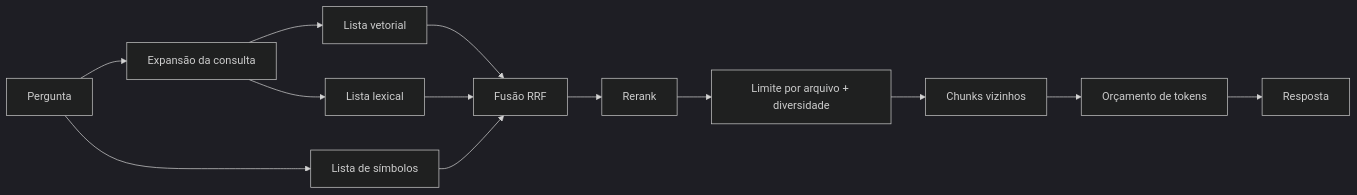
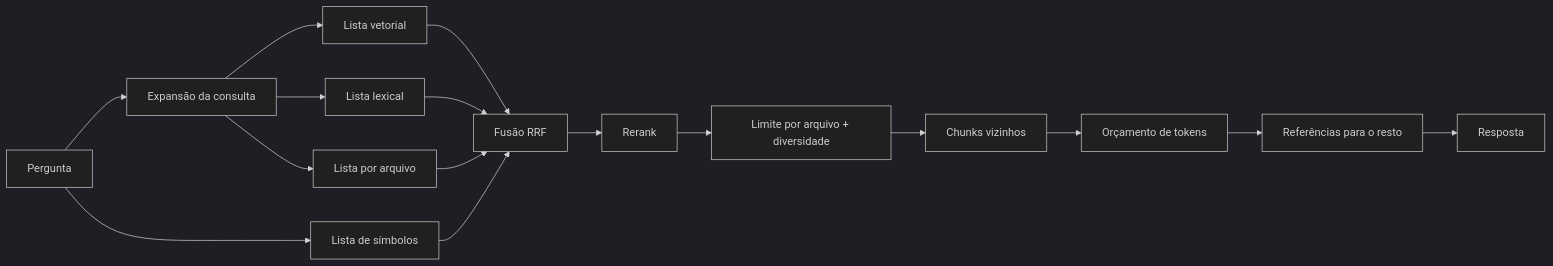
One commit to pedrojr/ragnar changed the diagram in docs/pt-BR/retrieval.md. Above: the diagram before and after it, drawn with Mermaid (dark theme). The commit also changed other lines of this file and 15 other files, not shown here.

````diff
--- a/docs/pt-BR/retrieval.md
+++ b/docs/pt-BR/retrieval.md
@@ -9,15 +9,18 @@
 ```mermaid
 flowchart LR
     q[Pergunta] --> x[Expansão da consulta]
     x --> v[Lista vetorial]
     x --> l[Lista lexical]
+    x --> w[Lista por arquivo]
     q --> s[Lista de símbolos]
     v --> f[Fusão RRF]
     l --> f
+    w --> f
     s --> f
     f --> r[Rerank]
     r --> d[Limite por arquivo + diversidade]
     d --> n[Chunks vizinhos]
     n --> b[Orçamento de tokens]
-    b --> a[Resposta]
+    b --> c[Referências para o resto]
+    c --> a[Resposta]
 ```
````
